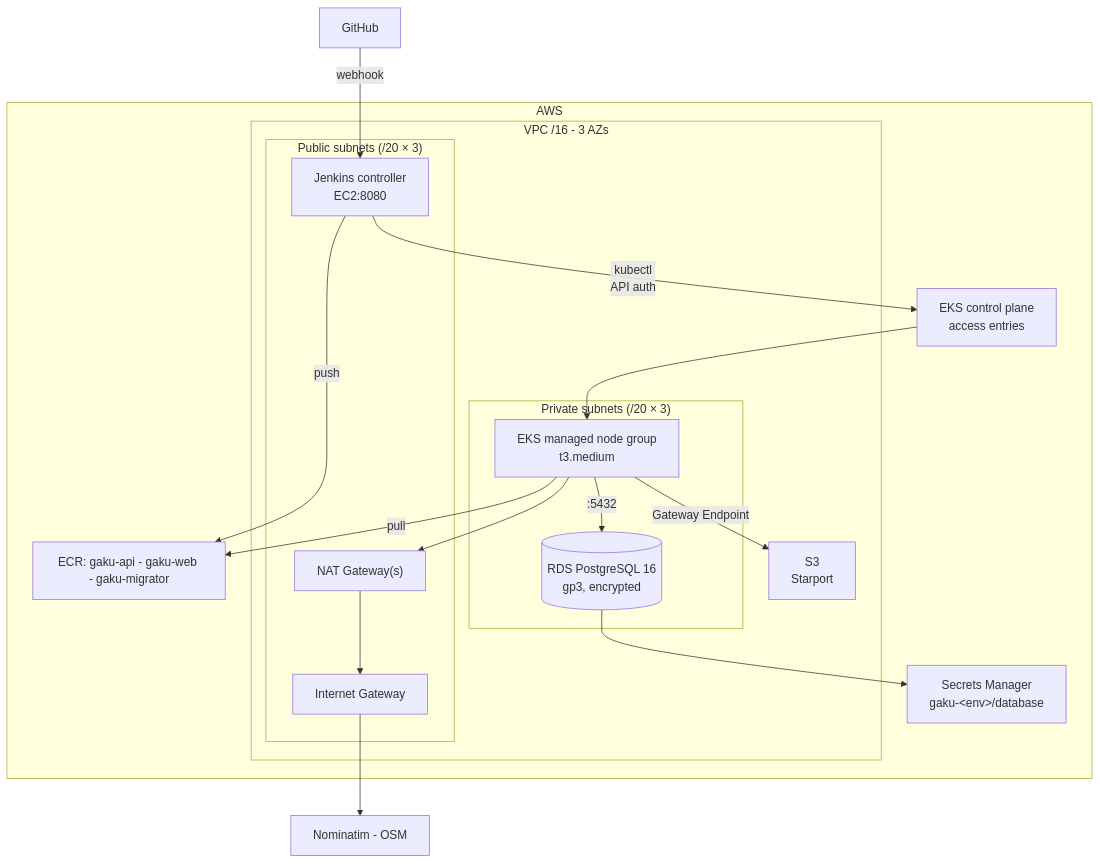
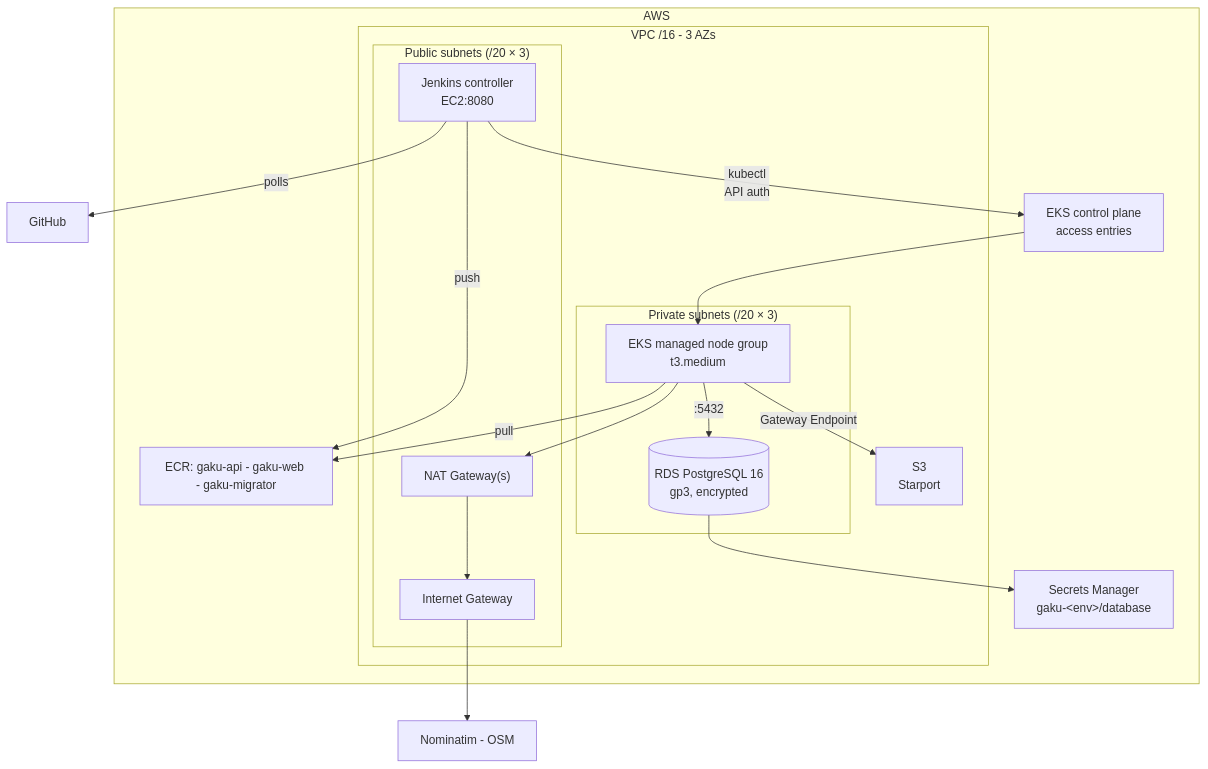
The first of 2 diagrams in docs/infra-aws.md (tuannamtruong/Gaku), drawn with Mermaid before and after one commit. The commit also changed 5 other files, not shown here.

````diff
--- a/docs/infra-aws.md
+++ b/docs/infra-aws.md
@@ -14,37 +14,37 @@
 ```mermaid
 graph TD
   Repository["GitHub"]
   ExternService["Nominatim - OSM"]
 
   subgraph AWS
   subgraph VPC["VPC /16 - 3 AZs"]
     subgraph Public["Public subnets (/20 × 3)"]
       IGW["Internet Gateway"]
       NAT["NAT Gateway(s)"]
       CICD-Instance["Jenkins controller <br/> EC2:8080"]
     end
 
     subgraph Private["Private subnets (/20 × 3)"]
       Nodes["EKS managed node group<br/>t3.medium"]
       RDS[("RDS PostgreSQL 16<br/>gp3, encrypted")]
     end
 
     S3EP["S3 <br/> Starport"]
   end
 
   CP["EKS control plane<br/>access entries"]
   ECR["ECR: gaku-api - gaku-web - gaku-migrator"]
   SM["Secrets Manager<br/>gaku-&lt;env&gt;/database"]
   end
 
-  Repository --> |webhook| CICD-Instance
+  CICD-Instance --> |polls| Repository
   CICD-Instance -->|push| ECR
   CICD-Instance -->|kubectl<br/>API auth| CP
   CP --> Nodes
   Nodes -->|pull| ECR
   Nodes --> NAT --> IGW
   Nodes -->|:5432| RDS
   Nodes --> |Gateway Endpoint| S3EP
   RDS --> SM
   IGW --> ExternService
 ```
````
